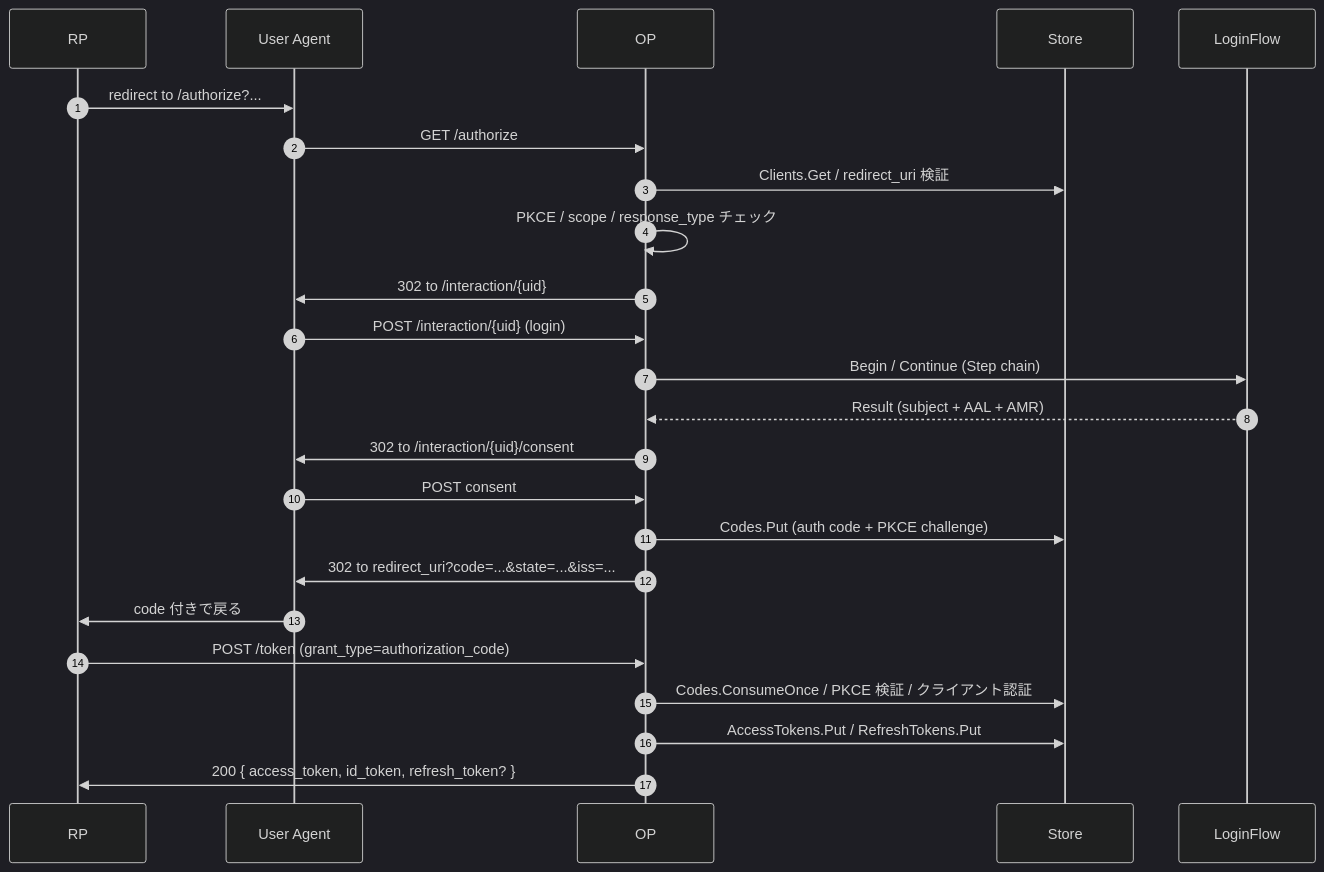
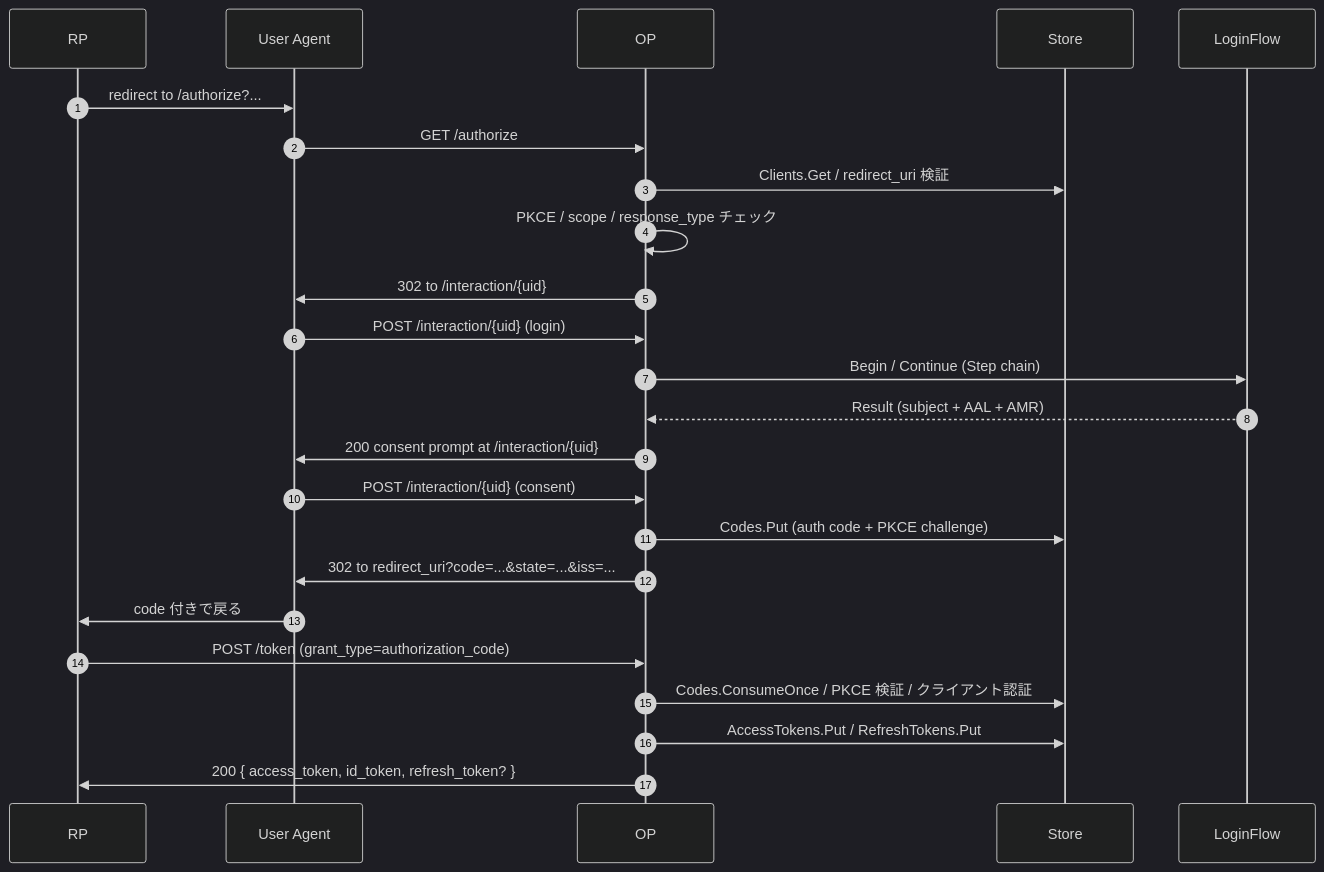
One commit to libraz/go-oidc-provider-homepage changed the second of 2 diagrams in src/ja/reference/architecture.md. Above: the diagram before and after it, drawn with Mermaid (dark theme). The commit also changed other lines of this file and 72 other files, not shown here.

````diff
--- a/src/ja/reference/architecture.md
+++ b/src/ja/reference/architecture.md
@@ -87,27 +87,27 @@
 ```mermaid
 sequenceDiagram
   autonumber
   participant RP
   participant UA as User Agent
   participant OP
   participant Store
   participant LF as LoginFlow
 
   RP->>UA: redirect to /authorize?...
   UA->>OP: GET /authorize
   OP->>Store: Clients.Get / redirect_uri 検証
   OP->>OP: PKCE / scope / response_type チェック
   OP->>UA: 302 to /interaction/{uid}
   UA->>OP: POST /interaction/{uid} (login)
   OP->>LF: Begin / Continue (Step chain)
   LF-->>OP: Result (subject + AAL + AMR)
-  OP->>UA: 302 to /interaction/{uid}/consent
-  UA->>OP: POST consent
+  OP->>UA: 200 consent prompt at /interaction/{uid}
+  UA->>OP: POST /interaction/{uid} (consent)
   OP->>Store: Codes.Put (auth code + PKCE challenge)
   OP->>UA: 302 to redirect_uri?code=...&state=...&iss=...
   UA->>RP: code 付きで戻る
   RP->>OP: POST /token (grant_type=authorization_code)
   OP->>Store: Codes.ConsumeOnce / PKCE 検証 / クライアント認証
   OP->>Store: AccessTokens.Put / RefreshTokens.Put
   OP->>RP: 200 { access_token, id_token, refresh_token? }
 ```
````
